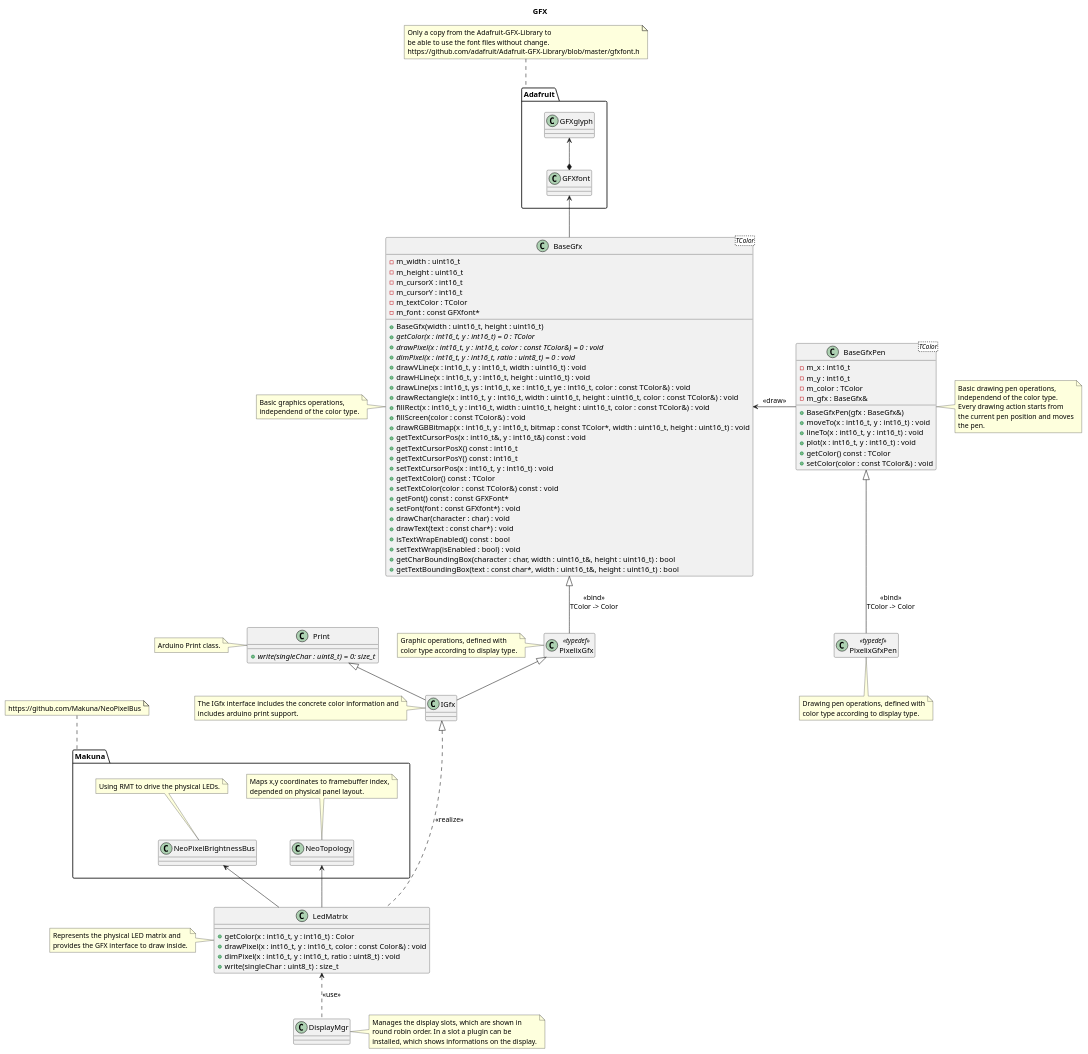
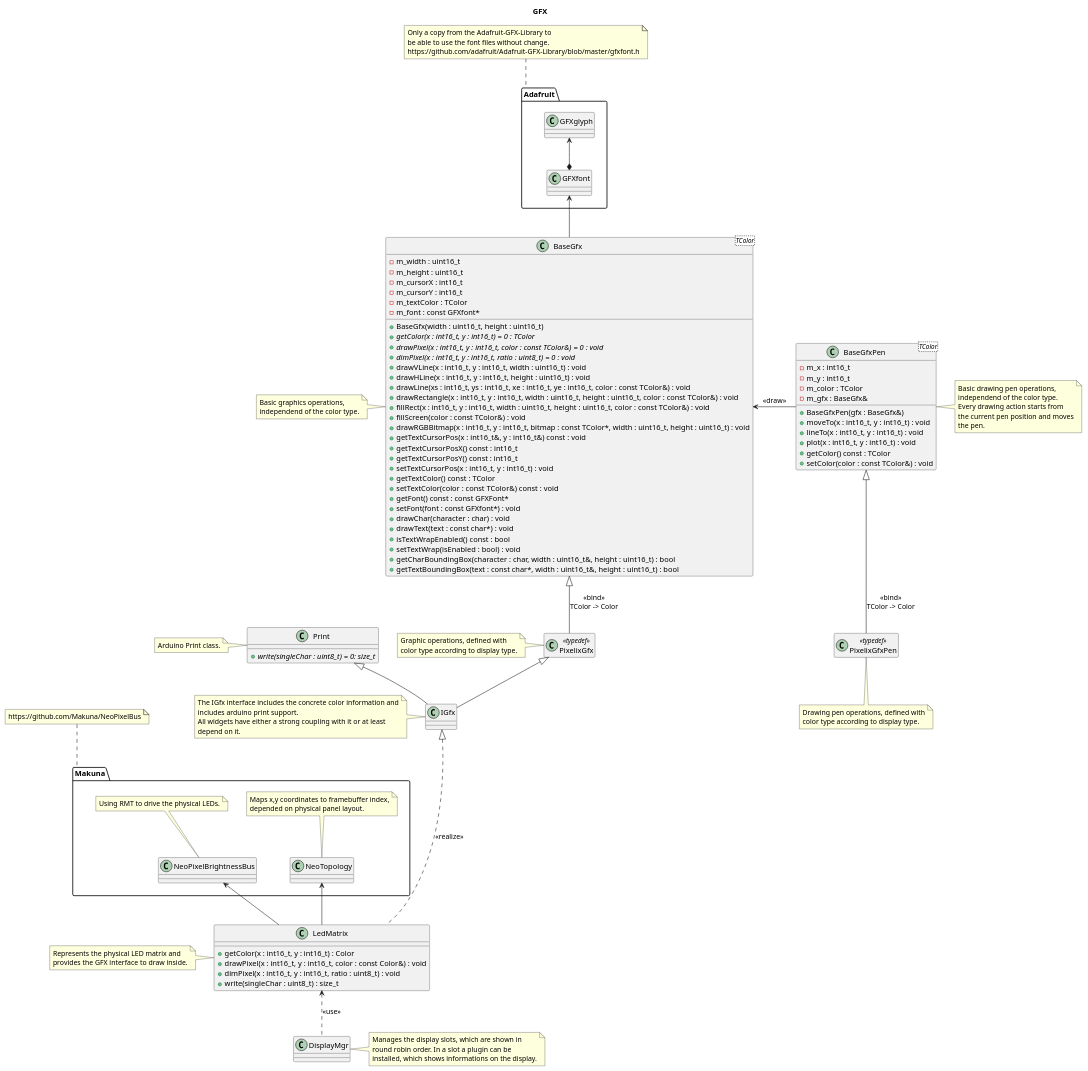
One commit to BlueAndi/Pixelix changed the diagram in doc/design/gfx.plantuml. Above: the diagram before and after it, drawn with PlantUML.

Commit message:
Note that widgets have a relation to the IGfx.

```diff
--- a/doc/design/gfx.plantuml
+++ b/doc/design/gfx.plantuml
@@ -1,167 +1,169 @@
 @startuml
 
 title GFX
 
 package "Makuna" {
     class "NeoPixelBrightnessBus" as neoPixelBrightnessBus
 
     note top of neoPixelBrightnessBus
         Using RMT to drive the physical LEDs.
     end note
 
     class "NeoTopology" as neoTopology
 
     note top of neoTopology
         Maps x,y coordinates to framebuffer index,
         depended on physical panel layout.
     end note
 }
 
 note top of Makuna
     https://github.com/Makuna/NeoPixelBus
 end note
 
 package "Adafruit" {
 
     class "GFXglyph" as gfxGlyph
     class "GFXfont" as gfxFont
 
     gfxGlyph <--* gfxFont
 }
 
 note top of Adafruit
     Only a copy from the Adafruit-GFX-Library to
     be able to use the font files without change.
     https://github.com/adafruit/Adafruit-GFX-Library/blob/master/gfxfont.h
 end note
 
 class "BaseGfx<TColor>" as baseGfx {
     - m_width : uint16_t
     - m_height : uint16_t
     - m_cursorX : int16_t
     - m_cursorY : int16_t
     - m_textColor : TColor
     - m_font : const GFXfont*
     + BaseGfx(width : uint16_t, height : uint16_t)
     + {abstract} getColor(x : int16_t, y : int16_t) = 0 : TColor
     + {abstract} drawPixel(x : int16_t, y : int16_t, color : const TColor&) = 0 : void
     + {abstract} dimPixel(x : int16_t, y : int16_t, ratio : uint8_t) = 0 : void
     + drawVLine(x : int16_t, y : int16_t, width : uint16_t) : void
     + drawHLine(x : int16_t, y : int16_t, height : uint16_t) : void
     + drawLine(xs : int16_t, ys : int16_t, xe : int16_t, ye : int16_t, color : const TColor&) : void
     + drawRectangle(x : int16_t, y : int16_t, width : uint16_t, height : uint16_t, color : const TColor&) : void
     + fillRect(x : int16_t, y : int16_t, width : uint16_t, height : uint16_t, color : const TColor&) : void
     + fillScreen(color : const TColor&) : void
     + drawRGBBitmap(x : int16_t, y : int16_t, bitmap : const TColor*, width : uint16_t, height : uint16_t) : void
     + getTextCursorPos(x : int16_t&, y : int16_t&) const : void
     + getTextCursorPosX() const : int16_t
     + getTextCursorPosY() const : int16_t
     + setTextCursorPos(x : int16_t, y : int16_t) : void
     + getTextColor() const : TColor
     + setTextColor(color : const TColor&) const : void
     + getFont() const : const GFXFont*
     + setFont(font : const GFXfont*) : void
     + drawChar(character : char) : void
     + drawText(text : const char*) : void
     + isTextWrapEnabled() const : bool
     + setTextWrap(isEnabled : bool) : void
     + getCharBoundingBox(character : char, width : uint16_t&, height : uint16_t) : bool
     + getTextBoundingBox(text : const char*, width : uint16_t&, height : uint16_t) : bool
 }
 
 note left of baseGfx
     Basic graphics operations,
     independend of the color type.
 end note
 
 gfxFont <-- baseGfx
 
 class "BaseGfxPen<TColor>" as baseGfxPen {
     - m_x : int16_t
     - m_y : int16_t
     - m_color : TColor
     - m_gfx : BaseGfx&
     + BaseGfxPen(gfx : BaseGfx&)
     + moveTo(x : int16_t, y : int16_t) : void
     + lineTo(x : int16_t, y : int16_t) : void
     + plot(x : int16_t, y : int16_t) : void
     + getColor() const : TColor
     + setColor(color : const TColor&) : void
 }
 
 note right of baseGfxPen
     Basic drawing pen operations,
     independend of the color type.
     Every drawing action starts from
     the current pen position and moves
     the pen.
 end note
 
 baseGfx <- baseGfxPen: <<draw>>
 
 class PixelixGfx <<typedef>>
 hide PixelixGfx members
 
 note left of PixelixGfx
     Graphic operations, defined with
     color type according to display type.
 end note
 
 baseGfx <|-- PixelixGfx: <<bind>>\nTColor -> Color
 
 class PixelixGfxPen <<typedef>>
 hide PixelixGfxPen members
 
 note bottom of PixelixGfxPen
     Drawing pen operations, defined with
     color type according to display type.
 end note
 
 baseGfxPen <|-- PixelixGfxPen: <<bind>>\nTColor -> Color
 
 class "Print" as print {
     +{abstract} write(singleChar : uint8_t) = 0: size_t
 }
 
 note left of print
     Arduino Print class.
 end note
 
 class "IGfx" as igfx {
 }
 
 note left of igfx
     The IGfx interface includes the concrete color information and
     includes arduino print support.
+    All widgets have either a strong coupling with it or at least
+    depend on it.
 end note
 
 PixelixGfx <|-- igfx
 print <|-- igfx
 
 class "LedMatrix" as ledMatrix {
     + getColor(x : int16_t, y : int16_t) : Color
     + drawPixel(x : int16_t, y : int16_t, color : const Color&) : void
     + dimPixel(x : int16_t, y : int16_t, ratio : uint8_t) : void
     + write(singleChar : uint8_t) : size_t
 }
 
 note left of ledMatrix
     Represents the physical LED matrix and
     provides the GFX interface to draw inside.
 end note
 
 igfx <|.... ledMatrix: <<realize>>
 neoPixelBrightnessBus <-- ledMatrix
 neoTopology <-- ledMatrix
 
 class "DisplayMgr" as displayMgr
 
 note right of displayMgr
     Manages the display slots, which are shown in
     round robin order. In a slot a plugin can be
     installed, which shows informations on the display.
 end note
 
 ledMatrix <.. displayMgr: <<use>>
 
 @enduml
```
